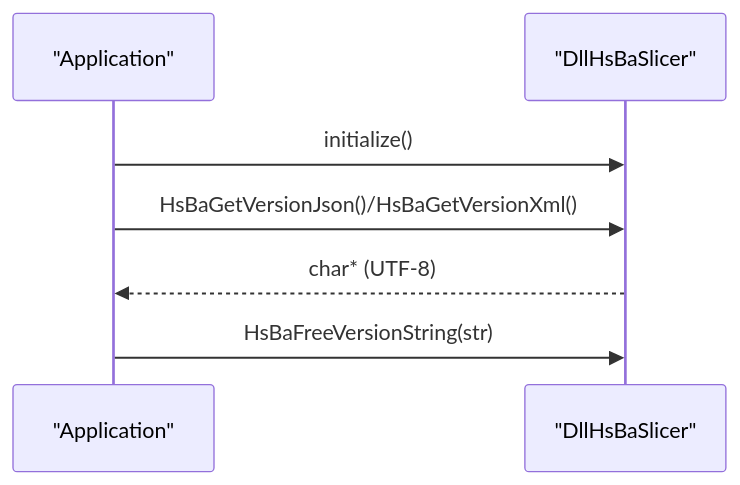
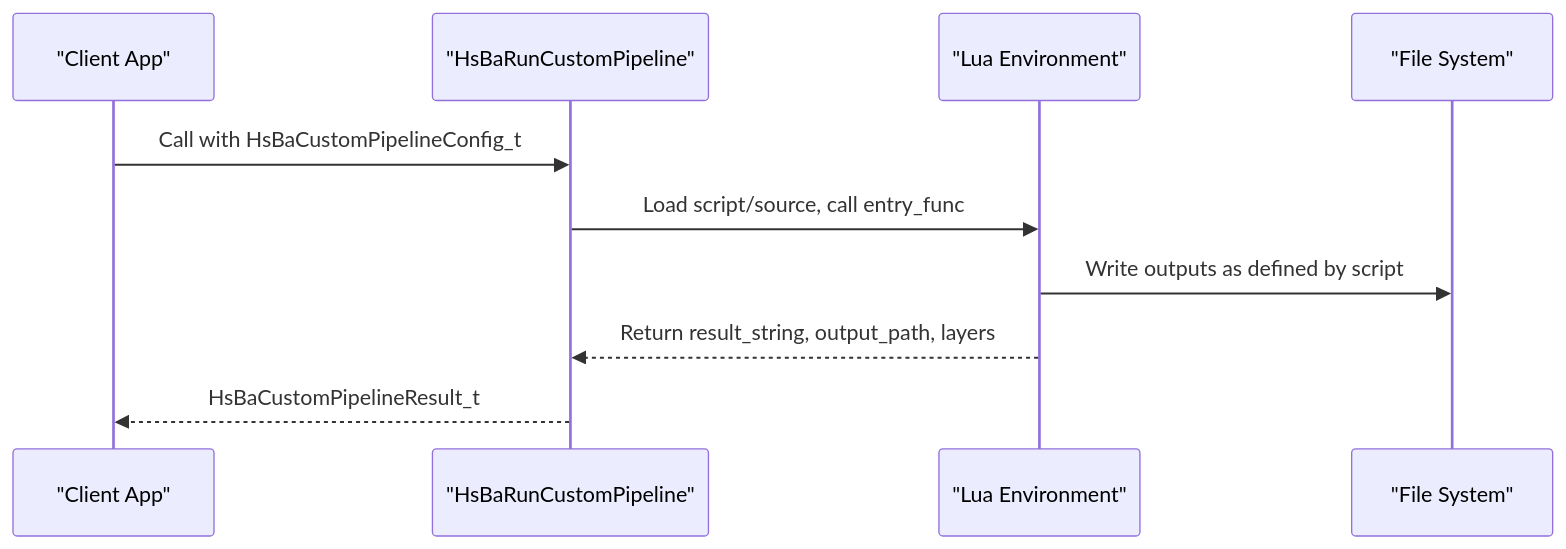
The tenth of 12 diagrams in .qoder/repowiki/en/content/API Reference/API Reference.md (hsmbanlance/HsBaSlicer), drawn with Mermaid before and after one commit. The commit also changed other lines of this file and 1095 other files, not shown here.

````diff
--- a/.qoder/repowiki/en/content/API Reference/API Reference.md
+++ b/.qoder/repowiki/en/content/API Reference/API Reference.md
@@ -415,9 +406,12 @@
 ```mermaid
 sequenceDiagram
-participant App as "Application"
-participant DLL as "DllHsBaSlicer"
-App->>DLL : initialize()
-App->>DLL : HsBaGetVersionJson()/HsBaGetVersionXml()
-DLL-->>App : char* (UTF-8)
-App->>DLL : HsBaFreeVersionString(str)
+participant App as "Client App"
+participant Custom as "HsBaRunCustomPipeline"
+participant LuaEnv as "Lua Environment"
+participant FS as "File System"
+App->>Custom : Call with HsBaCustomPipelineConfig_t
+Custom->>LuaEnv : Load script/source, call entry_func
+LuaEnv->>FS : Write outputs as defined by script
+LuaEnv-->>Custom : Return result_string, output_path, layers
+Custom-->>App : HsBaCustomPipelineResult_t
 ```
````
